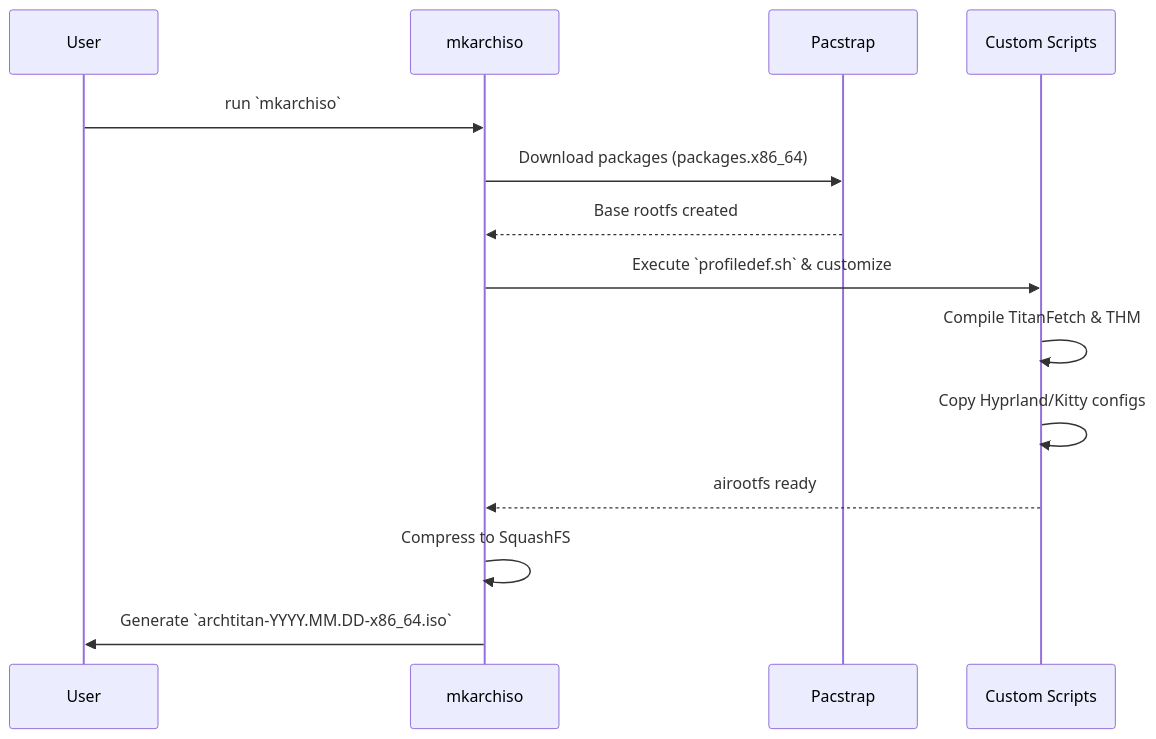
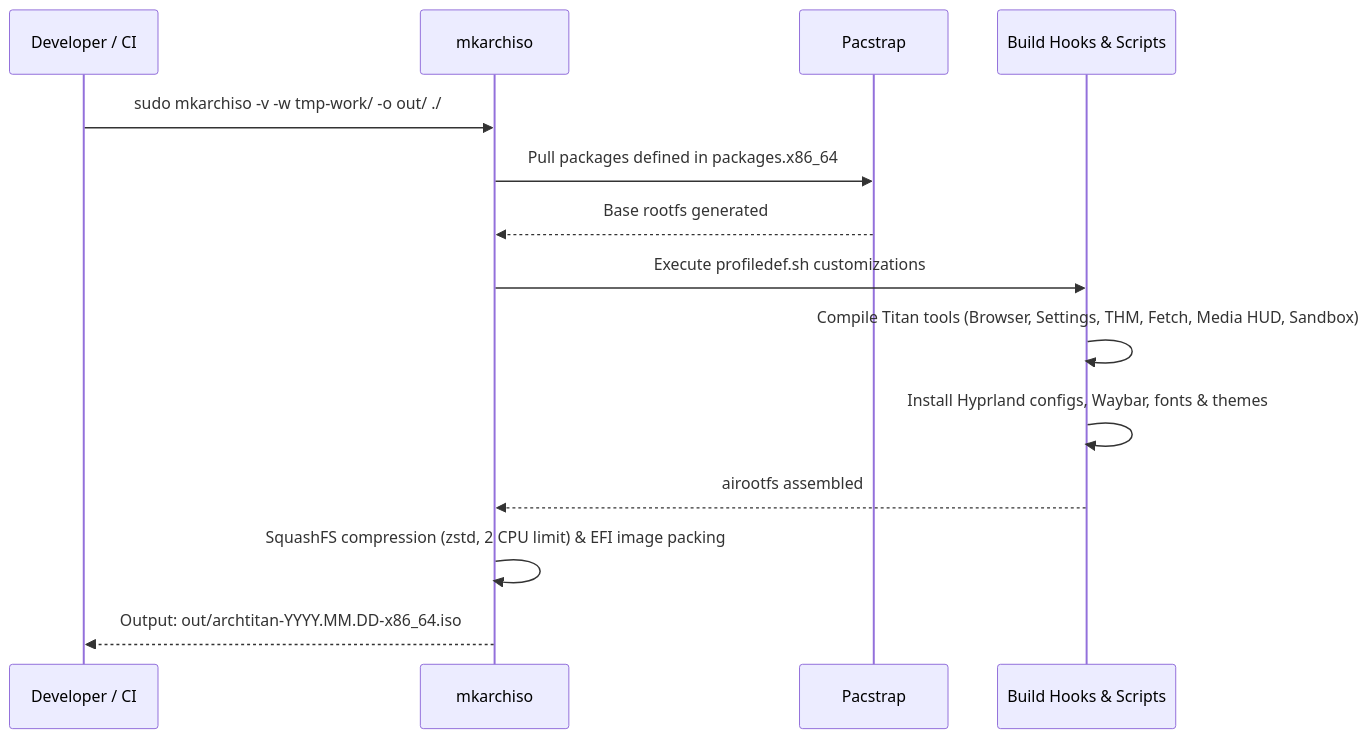
One commit to GitGuru29/archtitan-os changed the third of 3 diagrams in README.md. Above: the diagram before and after it, drawn with Mermaid. The commit also changed other lines of this file and 1 other file, not shown here.

First line of the commit message:
docs: update README and wiki for Hyprland Lua migration and current state

````diff
--- a/README.md
+++ b/README.md
@@ -139,17 +198,17 @@
 ```mermaid
 sequenceDiagram
-    participant U as User
+    participant U as Developer / CI
     participant M as mkarchiso
     participant P as Pacstrap
-    participant C as Custom Scripts
+    participant C as Build Hooks & Scripts
 
-    U->>M: run `mkarchiso`
-    M->>P: Download packages (packages.x86_64)
-    P-->>M: Base rootfs created
-    M->>C: Execute `profiledef.sh` & customize
-    C->>C: Compile TitanFetch & THM
-    C->>C: Copy Hyprland/Kitty configs
-    C-->>M: airootfs ready
-    M->>M: Compress to SquashFS
-    M->>U: Generate `archtitan-YYYY.MM.DD-x86_64.iso`
+    U->>M: sudo mkarchiso -v -w tmp-work/ -o out/ ./
+    M->>P: Pull packages defined in packages.x86_64
+    P-->>M: Base rootfs generated
+    M->>C: Execute profiledef.sh customizations
+    C->>C: Compile Titan tools (Browser, Settings, THM, Fetch, Media HUD, Sandbox)
+    C->>C: Install Hyprland configs, Waybar, fonts & themes
+    C-->>M: airootfs assembled
+    M->>M: SquashFS compression (zstd, 2 CPU limit) & EFI image packing
+    M-->>U: Output: out/archtitan-YYYY.MM.DD-x86_64.iso
 ```
````
